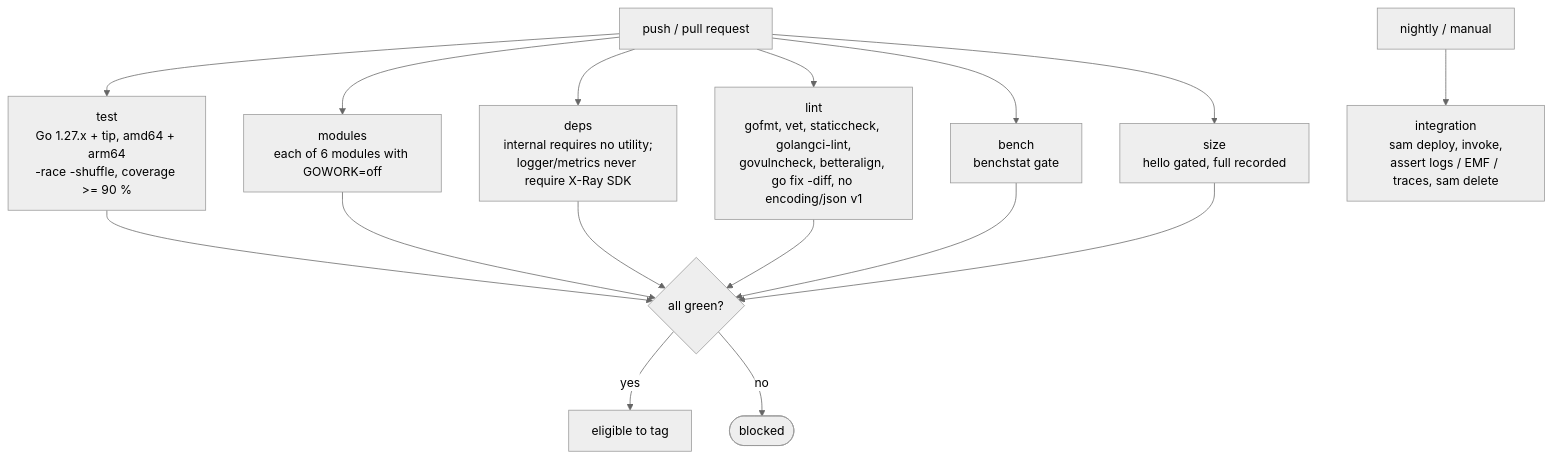
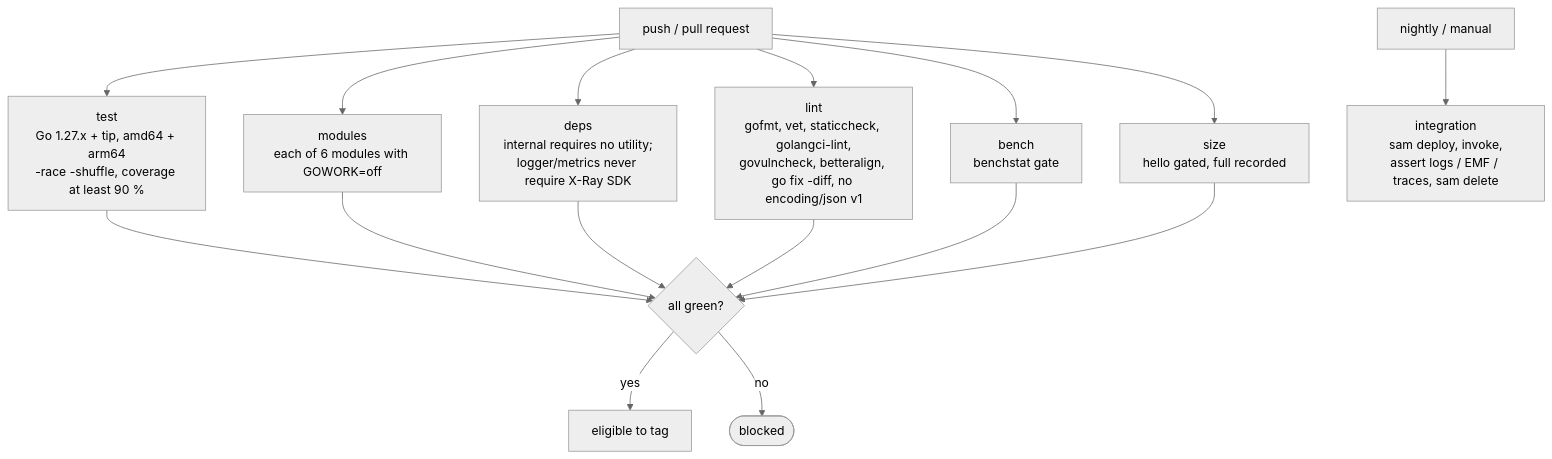
One commit to christiangda/powertools-lambda-go-plan changed the first of 2 diagrams in 06-testing-and-ci.md. Above: the diagram before and after it, drawn with Mermaid (neutral theme). The commit also changed 6 other files, not shown here.

First line of the commit message:
Fix Mermaid diagrams for GitHub rendering

````diff
--- a/06-testing-and-ci.md
+++ b/06-testing-and-ci.md
@@ -74,13 +74,13 @@
 ```mermaid
 flowchart TB
-  push["push / pull request"] --> test["test<br/>Go 1.27.x + tip, amd64 + arm64<br/>-race -shuffle, coverage >= 90 %"]
+  push["push / pull request"] --> test["test<br/>Go 1.27.x + tip, amd64 + arm64<br/>-race -shuffle, coverage at least 90 %"]
   push --> modules["modules<br/>each of 6 modules with GOWORK=off"]
   push --> deps["deps<br/>internal requires no utility;<br/>logger/metrics never require X-Ray SDK"]
   push --> lint["lint<br/>gofmt, vet, staticcheck, golangci-lint,<br/>govulncheck, betteralign, go fix -diff, no encoding/json v1"]
   push --> bench["bench<br/>benchstat gate"]
   push --> size["size<br/>hello gated, full recorded"]
   nightly["nightly / manual"] --> integ["integration<br/>sam deploy, invoke,<br/>assert logs / EMF / traces, sam delete"]
   test & modules & deps & lint & bench & size --> merge{all green?}
   merge -- yes --> tag["eligible to tag"]
   merge -- no --> stop([blocked])
 ```
````
